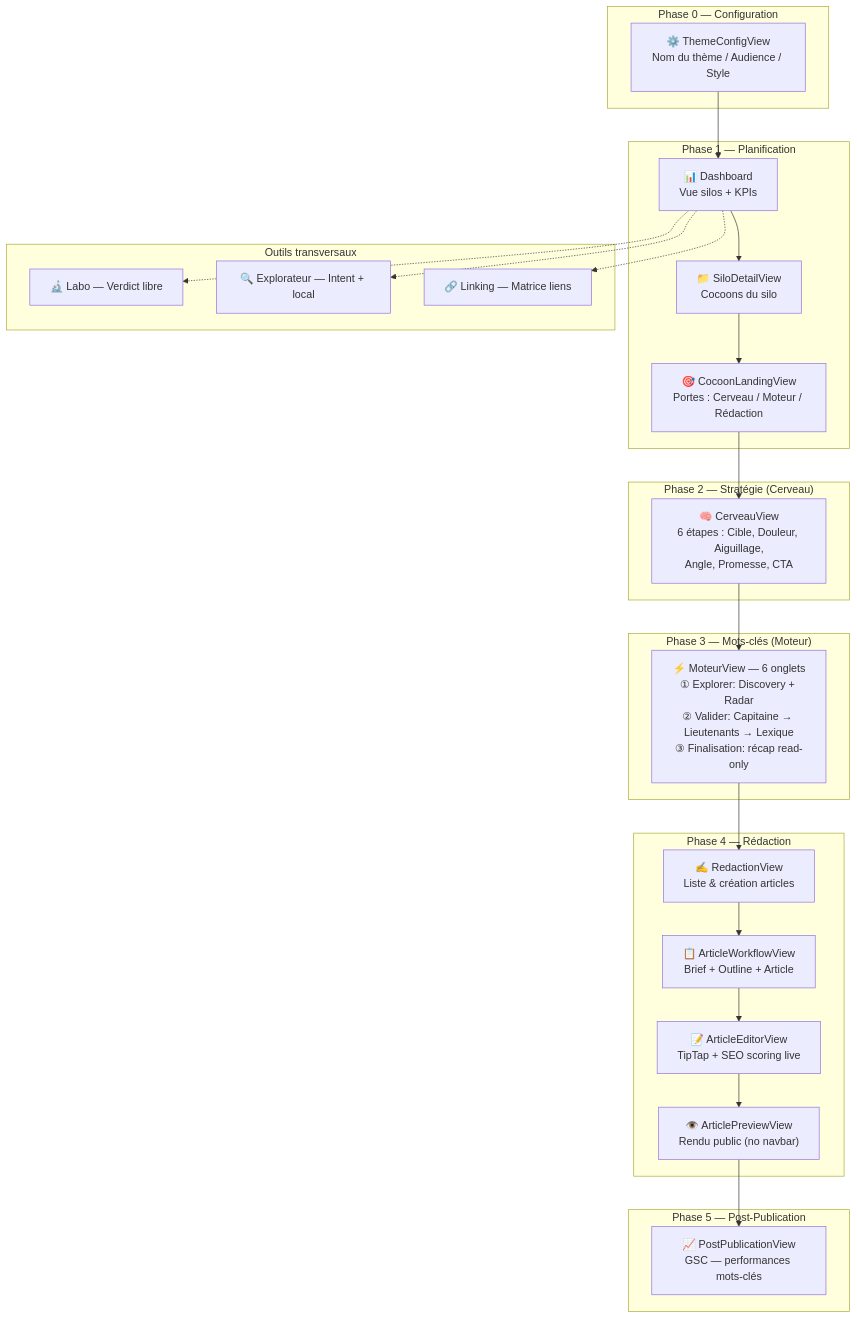
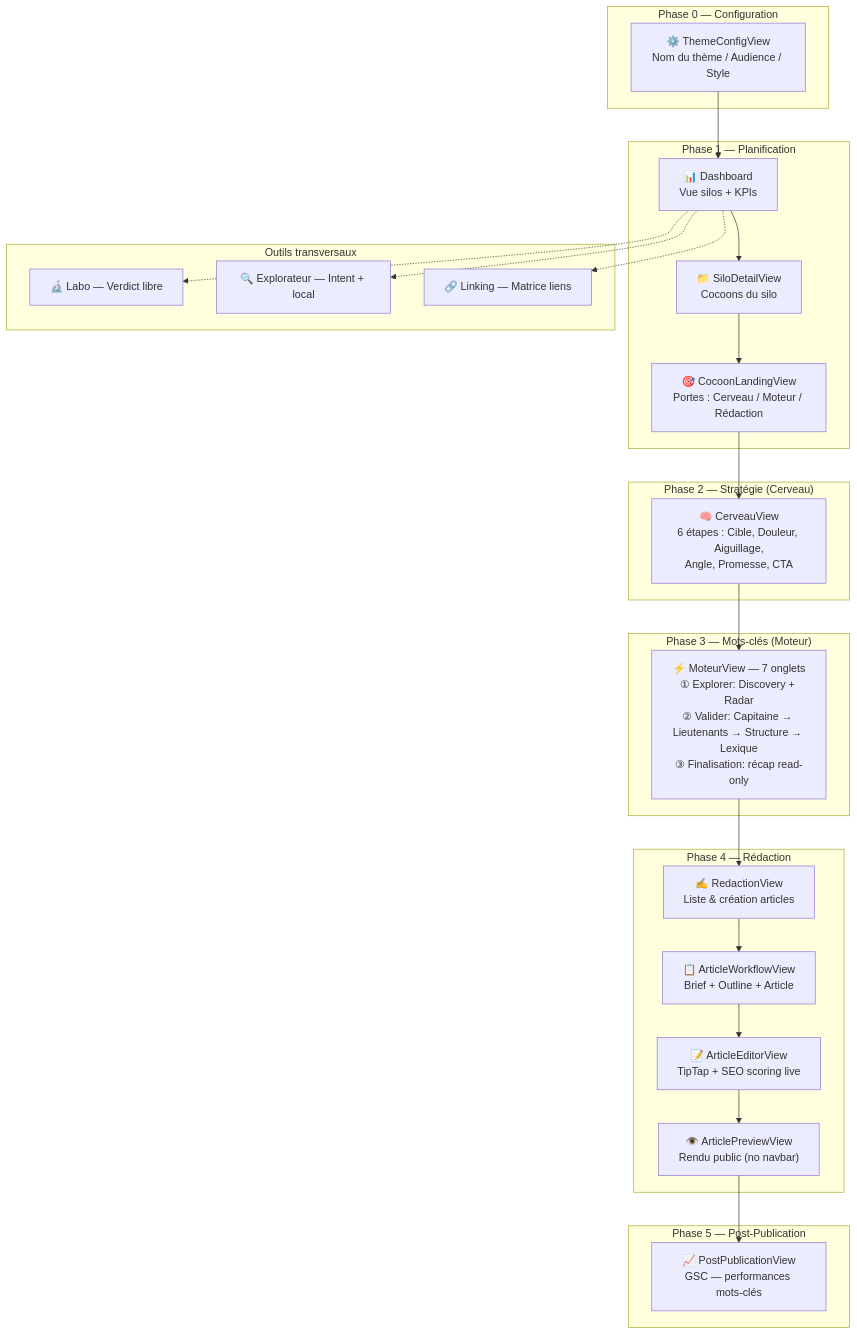
One commit to annubis-knight/Blog_Redactor_SEO changed the fifth of 25 diagrams in docs/ARCHITECTURE_FLOWS.md. Above: the diagram before and after it, drawn with Mermaid. The commit also changed other lines of this file and 11 other files, not shown here.

````diff
--- a/docs/ARCHITECTURE_FLOWS.md
+++ b/docs/ARCHITECTURE_FLOWS.md
@@ -378,52 +379,52 @@
 ```mermaid
 graph TB
     subgraph Phase0["Phase 0 — Configuration"]
         CONFIG["⚙️ ThemeConfigView<br>Nom du thème / Audience / Style"]
     end
 
     subgraph Phase1["Phase 1 — Planification"]
         DASH["📊 Dashboard<br>Vue silos + KPIs"]
         SILO["📁 SiloDetailView<br>Cocoons du silo"]
         COCOON["🎯 CocoonLandingView<br>Portes : Cerveau / Moteur / Rédaction"]
     end
 
     subgraph Phase2["Phase 2 — Stratégie (Cerveau)"]
         BRAIN["🧠 CerveauView<br>6 étapes : Cible, Douleur, Aiguillage,<br>Angle, Promesse, CTA"]
     end
 
     subgraph Phase3["Phase 3 — Mots-clés (Moteur)"]
-        MOTEUR["⚡ MoteurView — 6 onglets<br>① Explorer: Discovery + Radar<br>② Valider: Capitaine → Lieutenants → Lexique<br>③ Finalisation: récap read-only"]
+        MOTEUR["⚡ MoteurView — 7 onglets<br>① Explorer: Discovery + Radar<br>② Valider: Capitaine → Lieutenants → Structure → Lexique<br>③ Finalisation: récap read-only"]
     end
 
     subgraph Phase4["Phase 4 — Rédaction"]
         REDAC["✍️ RedactionView<br>Liste & création articles"]
         WORKFLOW["📋 ArticleWorkflowView<br>Brief + Outline + Article"]
         EDITOR["📝 ArticleEditorView<br>TipTap + SEO scoring live"]
         PREVIEW["👁️ ArticlePreviewView<br>Rendu public (no navbar)"]
     end
 
     subgraph Phase5["Phase 5 — Post-Publication"]
         POSTPUB["📈 PostPublicationView<br>GSC — performances mots-clés"]
     end
 
     subgraph Tools["Outils transversaux"]
         LABO["🔬 Labo — Verdict libre"]
         EXPLO["🔍 Explorateur — Intent + local"]
         LINK["🔗 Linking — Matrice liens"]
     end
 
     CONFIG --> DASH
     DASH --> SILO
     SILO --> COCOON
     COCOON --> BRAIN
     BRAIN --> MOTEUR
     MOTEUR --> REDAC
     REDAC --> WORKFLOW
     WORKFLOW --> EDITOR
     EDITOR --> PREVIEW
     PREVIEW --> POSTPUB
 
     DASH -.-> LABO
     DASH -.-> EXPLO
     DASH -.-> LINK
 ```
````
